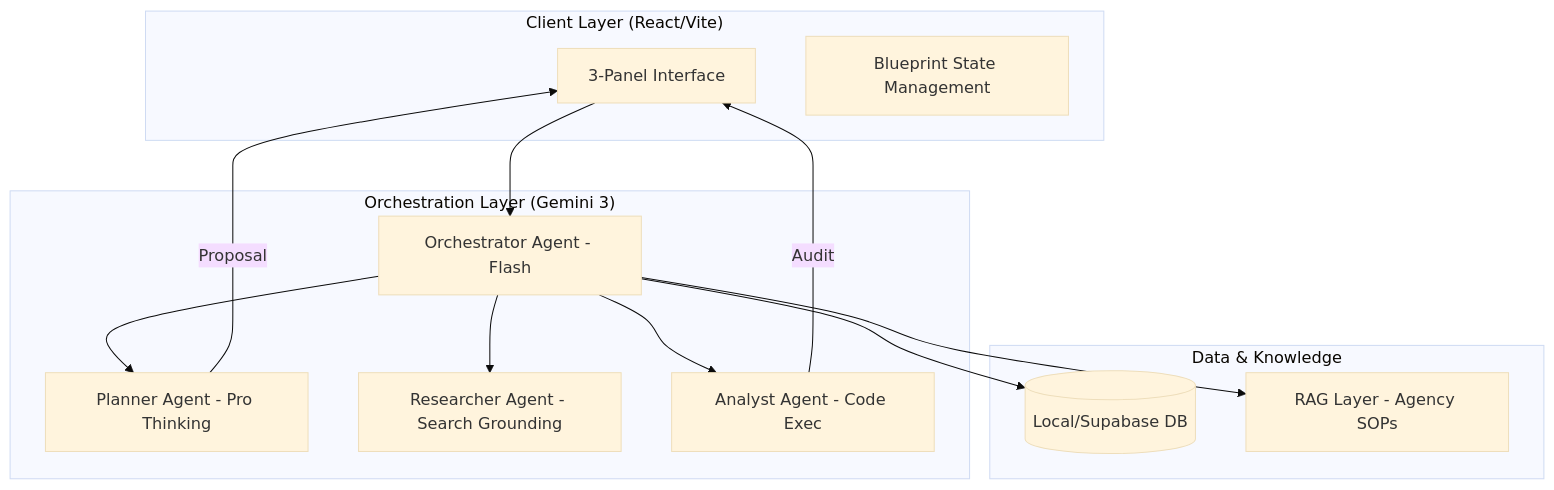
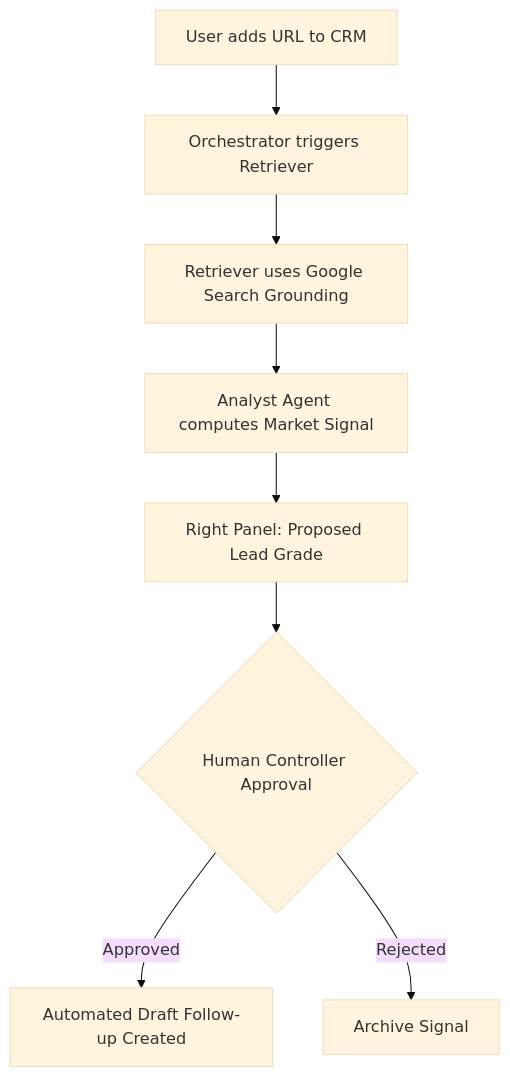
Before and after one commit to amo-tech-ai/sunaiv11: the diagram in docs/roadmap.md, drawn with Mermaid (base theme). The commit also changed other lines of this file and 29 other files, not shown here.

````diff
--- a/docs/roadmap.md
+++ b/docs/roadmap.md
@@ -22,25 +54,10 @@
 ```mermaid
-graph TD
-    subgraph "Client Layer (React/Vite)"
-        UI[3-Panel Interface]
-        State[Blueprint State Management]
-    end
-
-    subgraph "Orchestration Layer (Gemini 3)"
-        ORC[Orchestrator Agent - Flash]
-        ORC --> PLA[Planner Agent - Pro Thinking]
-        ORC --> RES[Researcher Agent - Search Grounding]
-        ORC --> ANA[Analyst Agent - Code Exec]
-    end
-
-    subgraph "Data & Knowledge"
-        DB[(Local/Supabase DB)]
-        RAG[RAG Layer - Agency SOPs]
-    end
-
-    UI --> ORC
-    ORC --> RAG
-    ORC --> DB
-    PLA -->|Proposal| UI
-    ANA -->|Audit| UI
+flowchart TD
+    A[User adds URL to CRM] --> B[Orchestrator triggers Retriever]
+    B --> C[Retriever uses Google Search Grounding]
+    C --> D[Analyst Agent computes Market Signal]
+    D --> E[Right Panel: Proposed Lead Grade]
+    E --> F{Human Controller Approval}
+    F -->|Approved| G[Automated Draft Follow-up Created]
+    F -->|Rejected| H[Archive Signal]
 ```
````
